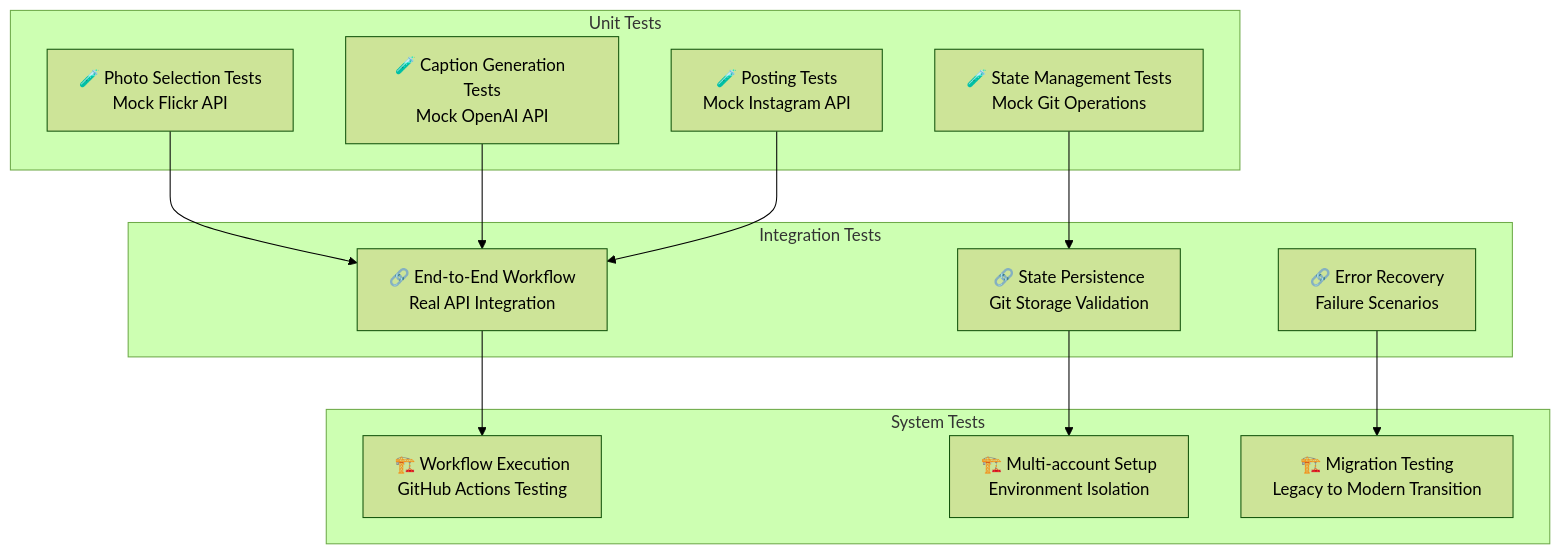
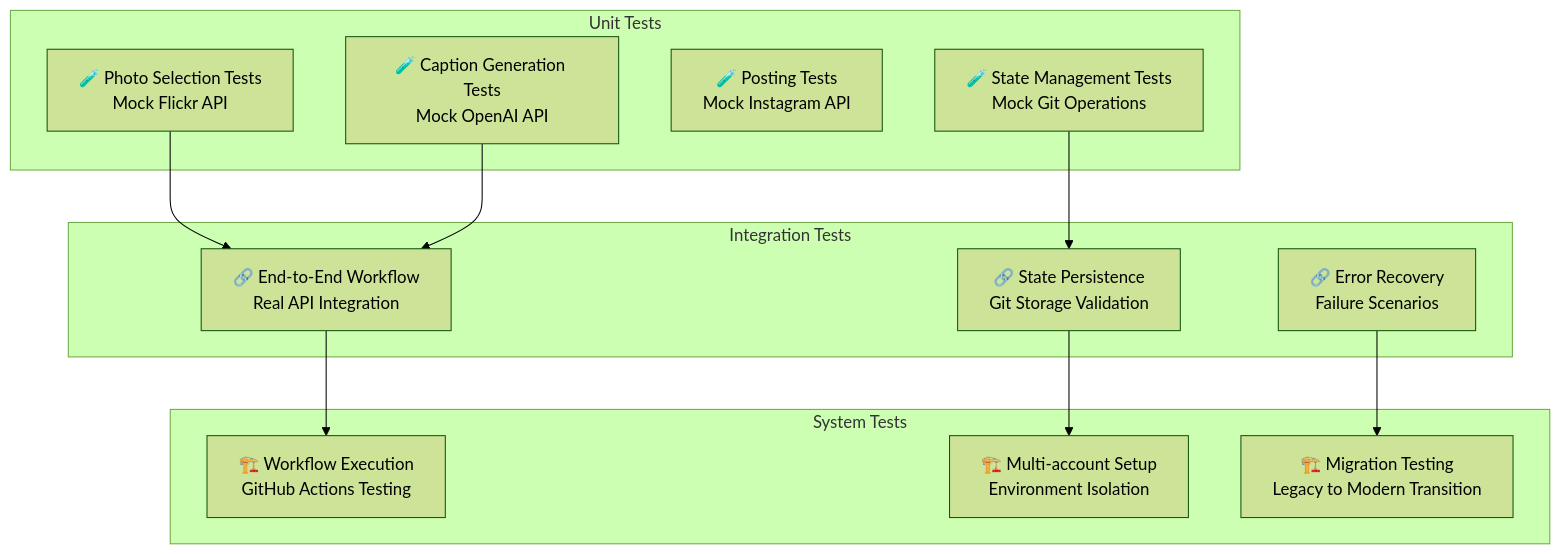
Before and after one commit to webmemo-code/flickr-to-instagram-automation: the fourth of 4 diagrams in ARCHITECTURE.md, drawn with Mermaid (forest theme). The commit also changed other lines of this file and 6 other files, not shown here.

````diff
--- a/ARCHITECTURE.md
+++ b/ARCHITECTURE.md
@@ -396,30 +281,29 @@
 ```mermaid
 graph TB
     subgraph "Unit Tests"
         UT1[🧪 Photo Selection Tests<br/>Mock Flickr API]
         UT2[🧪 Caption Generation Tests<br/>Mock OpenAI API]
         UT3[🧪 Posting Tests<br/>Mock Instagram API]
         UT4[🧪 State Management Tests<br/>Mock Git Operations]
     end
 
     subgraph "Integration Tests"
         IT1[🔗 End-to-End Workflow<br/>Real API Integration]
         IT2[🔗 State Persistence<br/>Git Storage Validation]
         IT3[🔗 Error Recovery<br/>Failure Scenarios]
     end
 
     subgraph "System Tests"
         ST1[🏗️ Workflow Execution<br/>GitHub Actions Testing]
         ST2[🏗️ Multi-account Setup<br/>Environment Isolation]
         ST3[🏗️ Migration Testing<br/>Legacy to Modern Transition]
     end
 
     UT1 --> IT1
     UT2 --> IT1
-    UT3 --> IT1
-    UT4 --> IT2
+        UT4 --> IT2
 
     IT1 --> ST1
     IT2 --> ST2
     IT3 --> ST3
 ```
````
